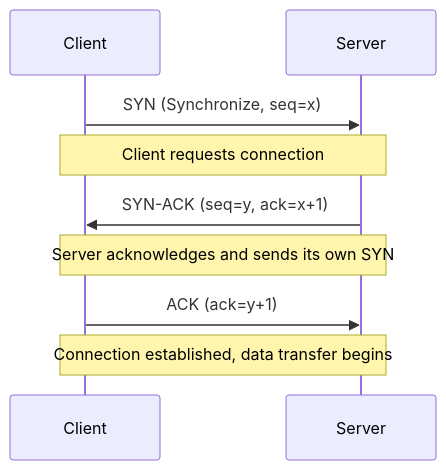
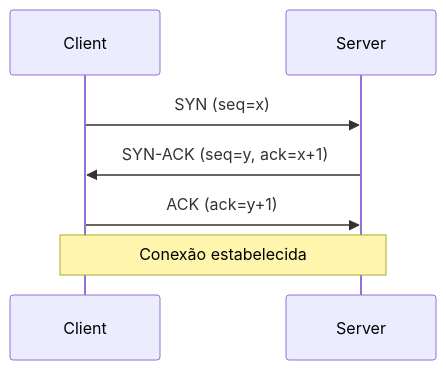
One commit to autoscrape-labs/pydoll changed the second of 3 diagrams in docs/pt/deep-dive/network/network-fundamentals.md. Above: the diagram before and after it, drawn with Mermaid. The commit also changed other lines of this file and 241 other files, not shown here.

````diff
--- a/docs/pt/deep-dive/network/network-fundamentals.md
+++ b/docs/pt/deep-dive/network/network-fundamentals.md
@@ -99,14 +71,10 @@
 ```mermaid
 sequenceDiagram
     participant Client
     participant Server
 
-    Client->>Server: SYN (Synchronize, seq=x)
-    Note over Client,Server: Client requests connection
-
+    Client->>Server: SYN (seq=x)
     Server->>Client: SYN-ACK (seq=y, ack=x+1)
-    Note over Client,Server: Server acknowledges and sends its own SYN
-
     Client->>Server: ACK (ack=y+1)
-    Note over Client,Server: Connection established, data transfer begins
+    Note over Client,Server: Conexão estabelecida
 ```
````
